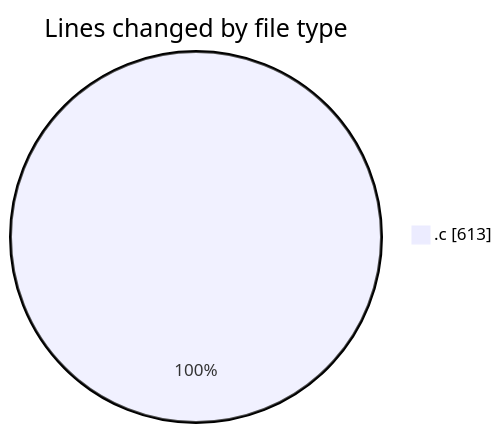
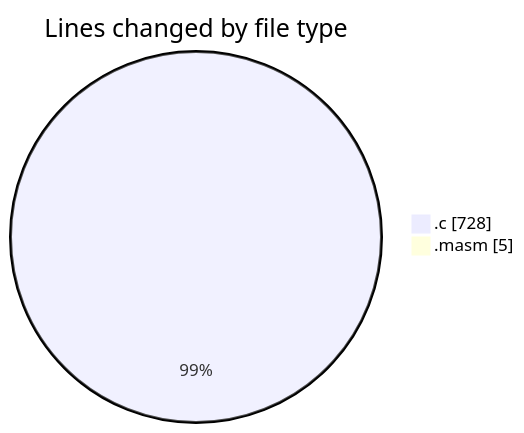
Before and after one commit to charlie-sans/code-tracking: the first of 2 diagrams in 2025-01-28/cmasm/README.md, drawn with Mermaid. The commit also changed other lines of this file and 1 other file, not shown here.

````diff
--- a/2025-01-28/cmasm/README.md
+++ b/2025-01-28/cmasm/README.md
@@ -20,5 +22,6 @@
 ```mermaid
 pie showData
 title Lines changed by file type
-".c" : 613
+".c" : 728
+".masm" : 5
 ```
````
